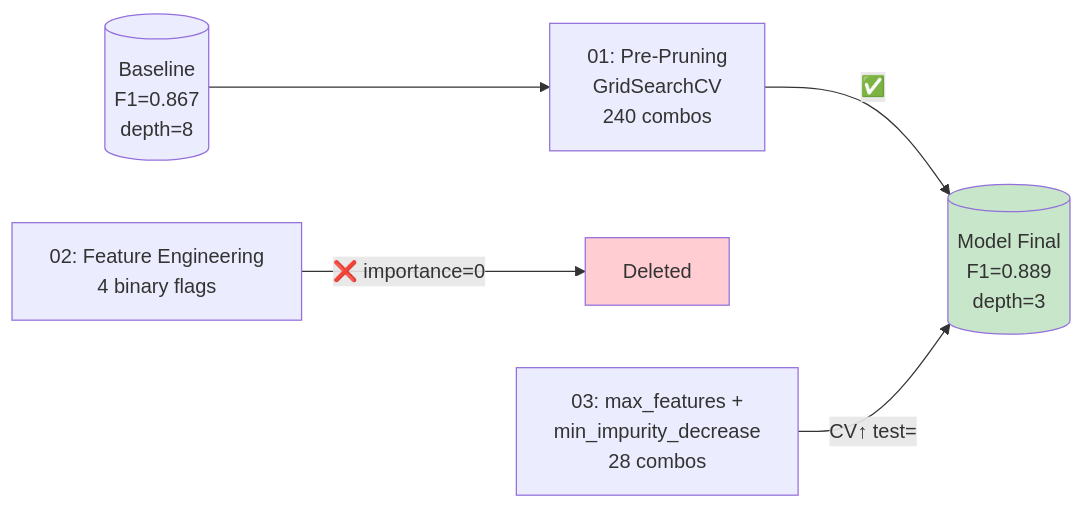
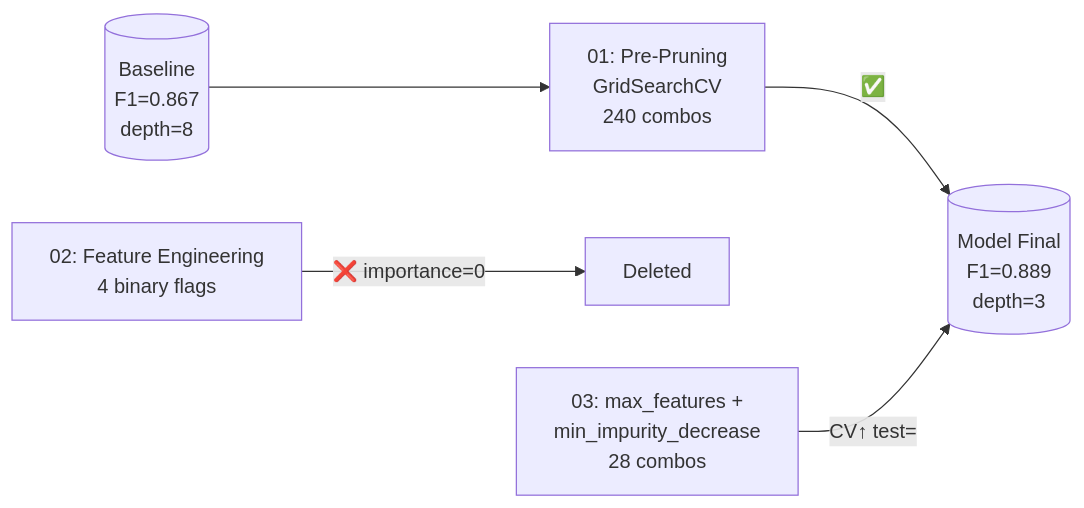
Before and after one commit to ekastn/dm-prediksi-ketepatan-lulus: the second of 2 diagrams in 4-modeling/README.md, drawn with Mermaid. The commit also changed other lines of this file and 18 other files, not shown here.

````diff
--- a/4-modeling/README.md
+++ b/4-modeling/README.md
@@ -115,10 +108,7 @@
 ```mermaid
 flowchart LR
     BL[(Baseline<br/>F1=0.867<br/>depth=8)] --> E1
     E1[01: Pre-Pruning<br/>GridSearchCV<br/>240 combos] -->|✅| FINAL[(Model Final<br/>F1=0.889<br/>depth=3)]
     E2[02: Feature Engineering<br/>4 binary flags] -->|❌ importance=0| X[Deleted]
     E3[03: max_features +<br/>min_impurity_decrease<br/>28 combos] -->|CV↑ test=| FINAL
-
-    style FINAL fill:#c8e6c9
-    style X fill:#ffcdd2
 ```
````
